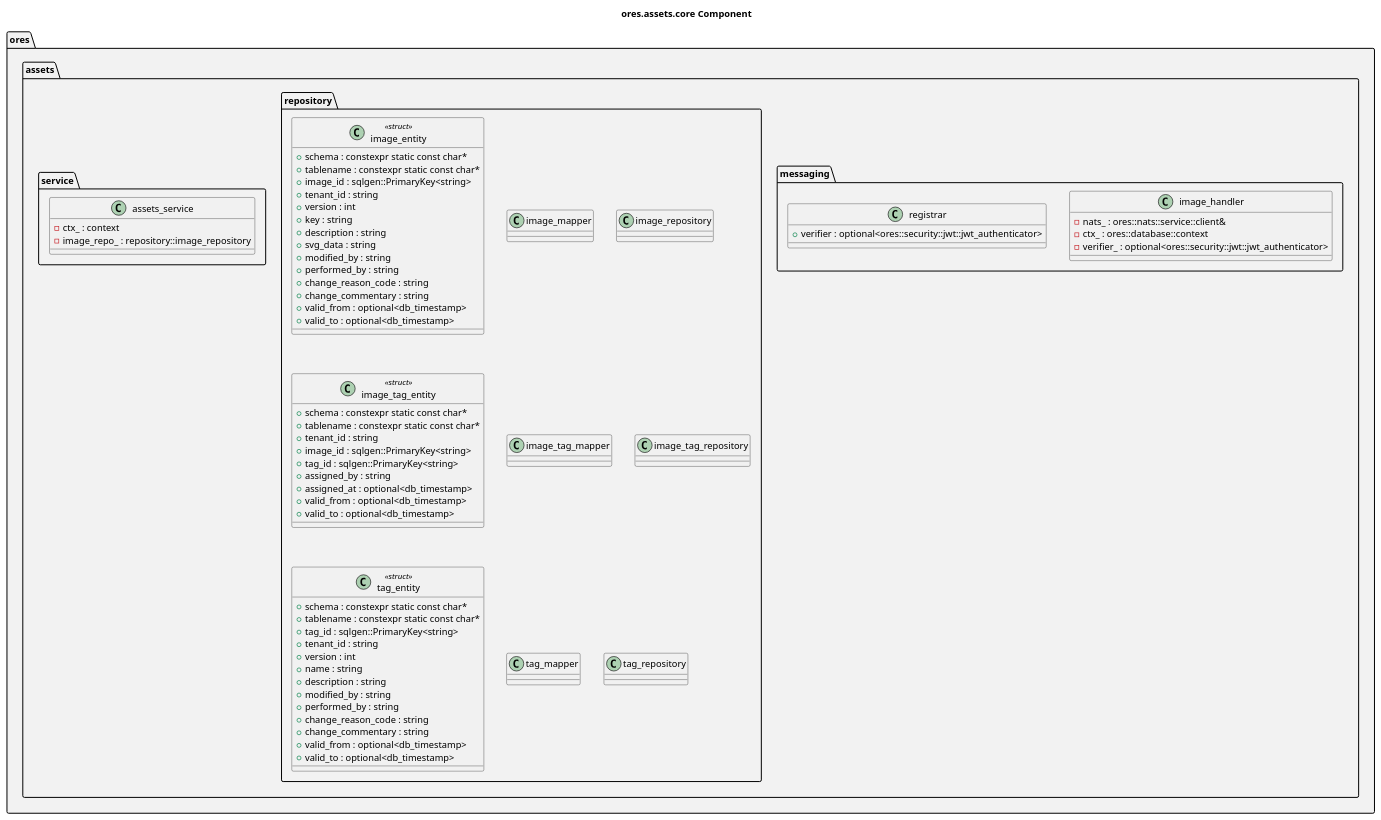
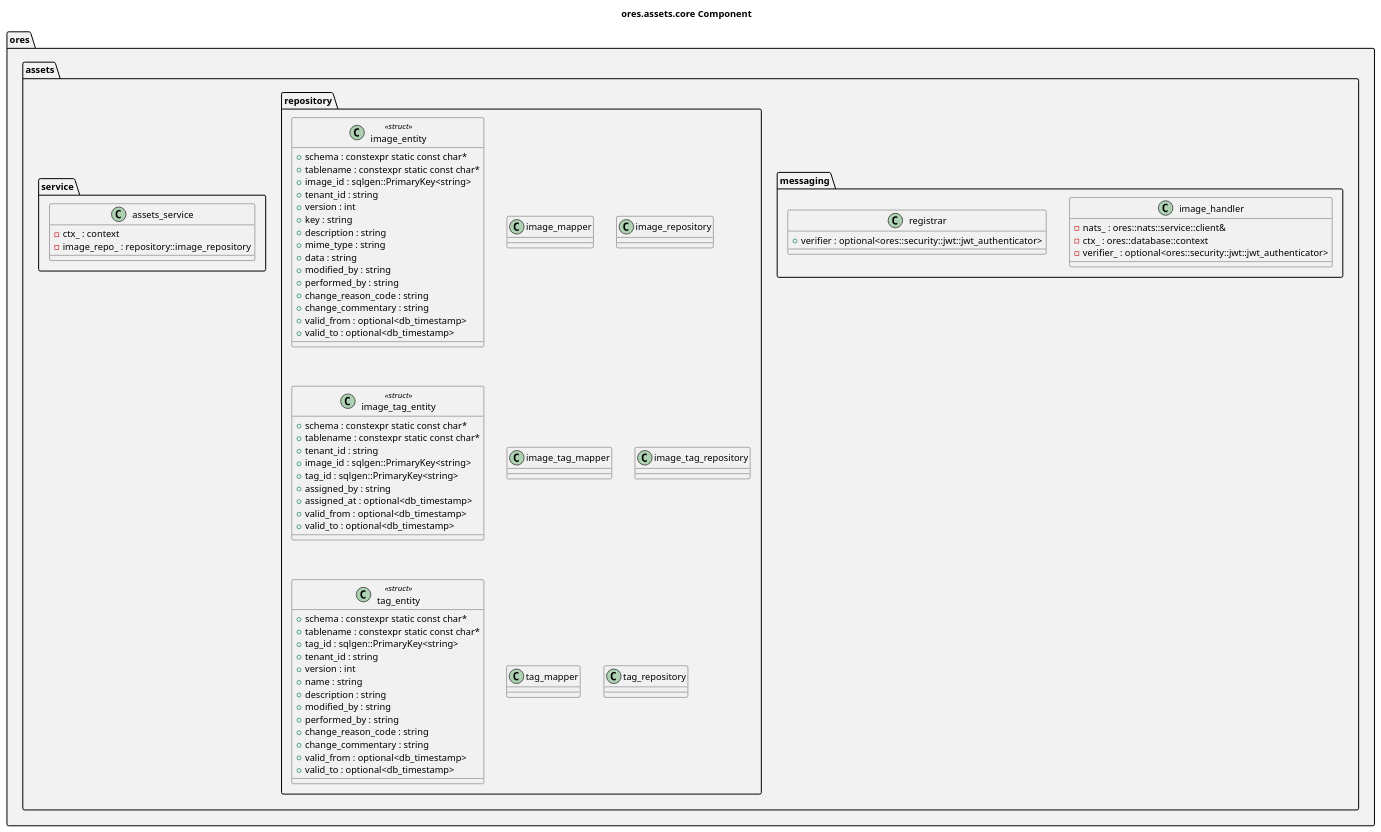
The diagram in projects/ores.assets/core/modeling/ores.assets.core.puml (OreStudio/OreStudio), drawn with PlantUML before and after one commit. The commit also changed 8 other files, not shown here.

First line of the commit message:
[assets,iam,qt,sql] Address review round 1: diagrams, dead code, naming, missing test

```diff
--- a/projects/ores.assets/core/modeling/ores.assets.core.puml
+++ b/projects/ores.assets/core/modeling/ores.assets.core.puml
@@ -18,89 +18,90 @@
 @startuml
 
 title ores.assets.core Component
 
 set namespaceSeparator ::
 
 namespace ores #F2F2F2 {
     namespace assets #F2F2F2 {
         namespace messaging #F2F2F2 {
             class image_handler {
                 -nats_ : ores::nats::service::client&
                 -ctx_ : ores::database::context
                 -verifier_ : optional<ores::security::jwt::jwt_authenticator>
             }
             class registrar {
                 +verifier : optional<ores::security::jwt::jwt_authenticator>
             }
         }
         namespace repository #F2F2F2 {
             class image_entity <<struct>> {
                 +schema : constexpr static const char*
                 +tablename : constexpr static const char*
                 +image_id : sqlgen::PrimaryKey<string>
                 +tenant_id : string
                 +version : int
                 +key : string
                 +description : string
-                +svg_data : string
+                +mime_type : string
+                +data : string
                 +modified_by : string
                 +performed_by : string
                 +change_reason_code : string
                 +change_commentary : string
                 +valid_from : optional<db_timestamp>
                 +valid_to : optional<db_timestamp>
             }
             class image_mapper {
             }
             class image_repository {
             }
             class image_tag_entity <<struct>> {
                 +schema : constexpr static const char*
                 +tablename : constexpr static const char*
                 +tenant_id : string
                 +image_id : sqlgen::PrimaryKey<string>
                 +tag_id : sqlgen::PrimaryKey<string>
                 +assigned_by : string
                 +assigned_at : optional<db_timestamp>
                 +valid_from : optional<db_timestamp>
                 +valid_to : optional<db_timestamp>
             }
             class image_tag_mapper {
             }
             class image_tag_repository {
             }
             class tag_entity <<struct>> {
                 +schema : constexpr static const char*
                 +tablename : constexpr static const char*
                 +tag_id : sqlgen::PrimaryKey<string>
                 +tenant_id : string
                 +version : int
                 +name : string
                 +description : string
                 +modified_by : string
                 +performed_by : string
                 +change_reason_code : string
                 +change_commentary : string
                 +valid_from : optional<db_timestamp>
                 +valid_to : optional<db_timestamp>
             }
             class tag_mapper {
             }
             class tag_repository {
             }
         }
         namespace service #F2F2F2 {
             class assets_service {
                 -ctx_ : context
                 -image_repo_ : repository::image_repository
             }
         }
     }
 }
 
 ' --- manual: everything below this line is hand-authored; the script preserves it ---
 
 ' Local Variables:
 ' compile-command: "java -Djava.awt.headless=true -DPLANTUML_SECURITY_PROFILE=UNSECURE -DPLANTUML_LIMIT_SIZE=65535 -jar /usr/share/plantuml/plantuml.jar ores.assets.core.puml"
 ' End:
 @enduml
```
